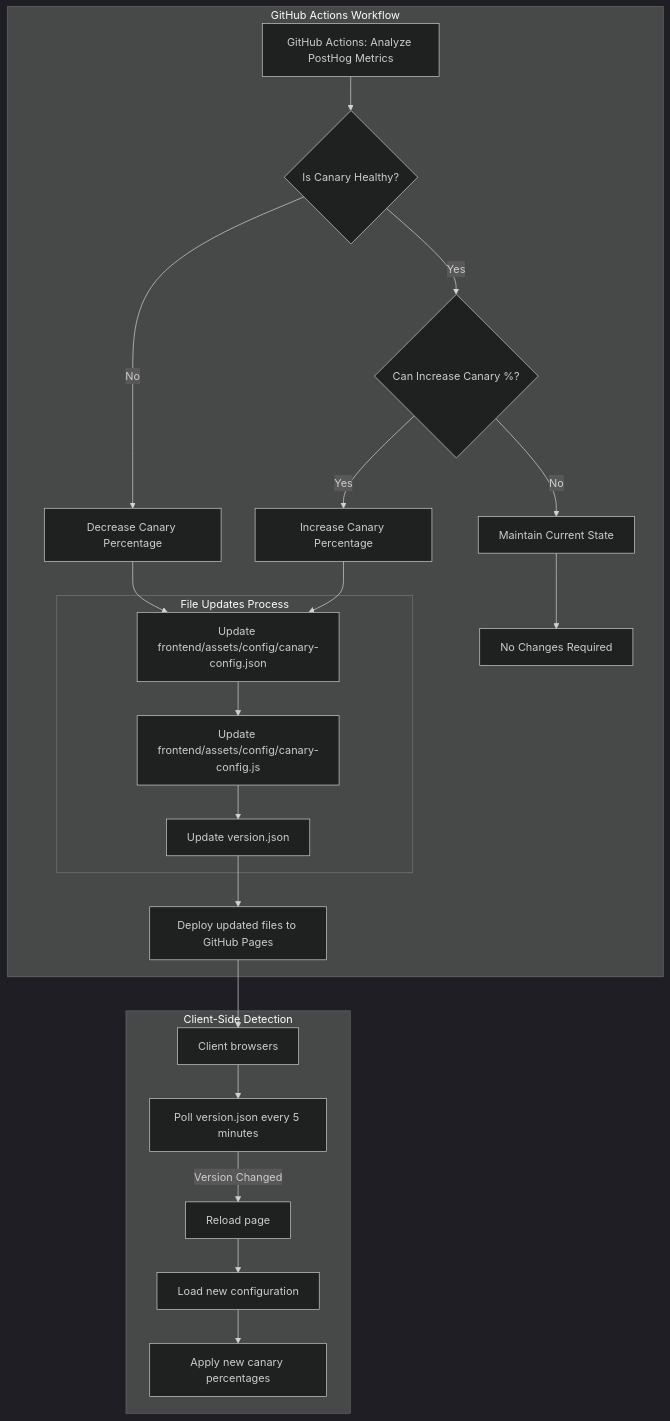
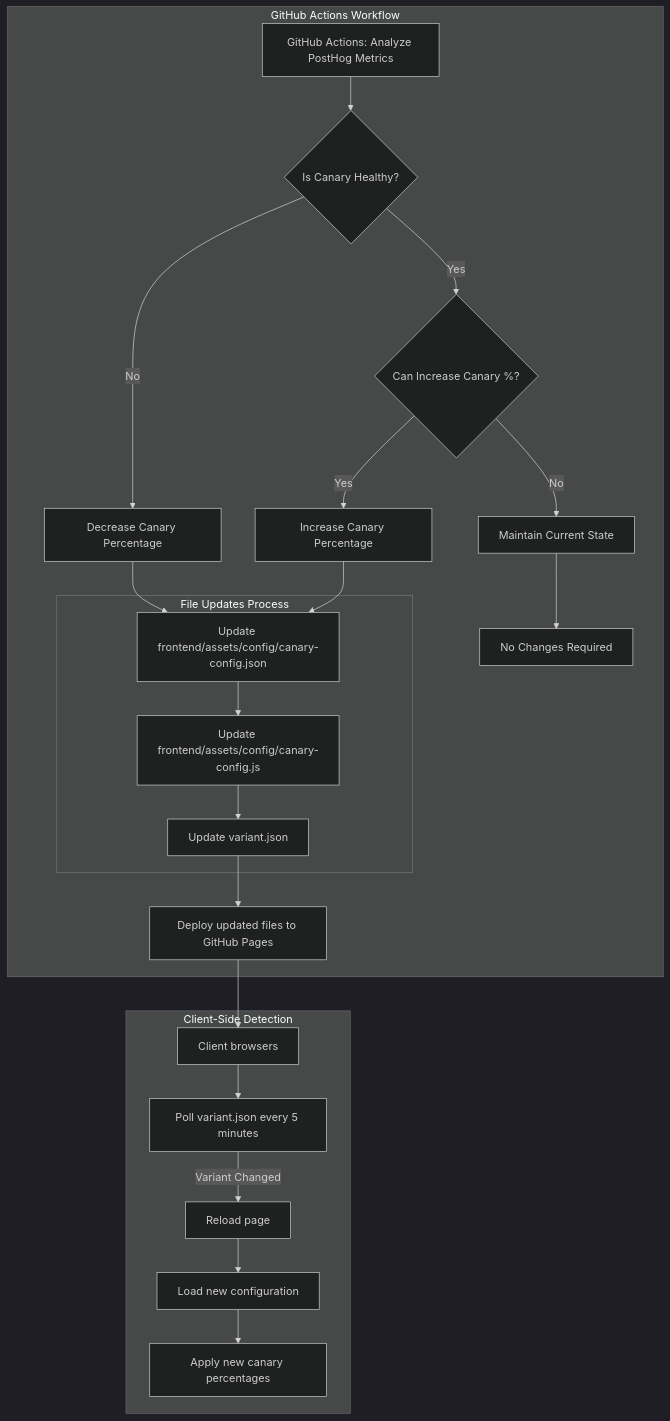
The second of 3 diagrams in README.md (lloydchang/client-side-canary-deployment), drawn with Mermaid (dark theme) before and after one commit. The commit also changed other lines of this file and 3 other files, not shown here.

````diff
--- a/README.md
+++ b/README.md
@@ -35,31 +35,31 @@
 ```mermaid
 graph TD
     subgraph "GitHub Actions Workflow"
         L[GitHub Actions: Analyze PostHog Metrics]
         L --> M{Is Canary Healthy?}
         M -->|No| N[Decrease Canary Percentage]
         M -->|Yes| O{Can Increase Canary %?}
         O -->|Yes| P[Increase Canary Percentage]
         O -->|No| Q[Maintain Current State]
         
         N --> F1
         P --> F1
         Q --> Q1[No Changes Required]
         
         subgraph "File Updates Process"
             F1[Update frontend/assets/config/canary-config.json]
             F1 --> F2[Update frontend/assets/config/canary-config.js]
-            F2 --> V[Update version.json]
+            F2 --> V[Update variant.json]
         end
         
         V --> G[Deploy updated files to GitHub Pages]
     end
 
     subgraph "Client-Side Detection"
         G --> CL[Client browsers]
-        CL --> CL1[Poll version.json every 5 minutes]
-        CL1 -->|Version Changed| CL2[Reload page]
+        CL --> CL1[Poll variant.json every 5 minutes]
+        CL1 -->|Variant Changed| CL2[Reload page]
         CL2 --> CL3[Load new configuration]
         CL3 --> CL4[Apply new canary percentages]
     end    
 ```
````
